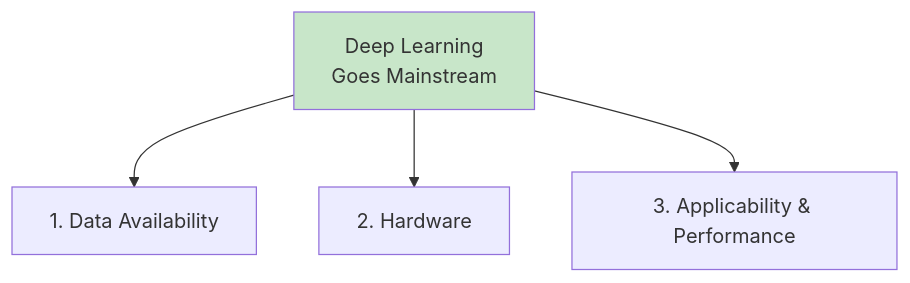
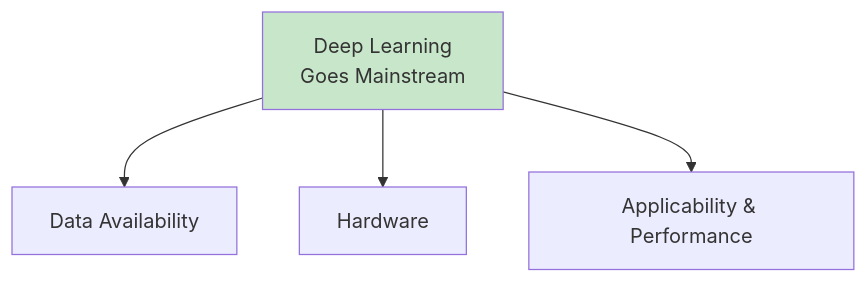
Before and after one commit to rachitgoyal14/deep-learning: the eighth of 8 diagrams in 100Days/100DaysOfDeepLearning/0. What is Deep Learning.md, drawn with Mermaid. The commit also changed other lines of this file and 7 other files, not shown here.

Commit message:
what is deep learning?

````diff
--- a/100Days/100DaysOfDeepLearning/0. What is Deep Learning.md
+++ b/100Days/100DaysOfDeepLearning/0. What is Deep Learning.md
@@ -183,8 +180,8 @@
 ```mermaid
 graph TD
-    A[Deep Learning<br/>Goes Mainstream] --> B[1. Data Availability]
-    A --> C[2. Hardware]
-    A --> D[3. Applicability & Performance]
+    A[Deep Learning<br/>Goes Mainstream] --> B[Data Availability]
+    A --> C[Hardware]
+    A --> D[Applicability & Performance]
     
     style A fill:#C8E6C9
 ```
````
